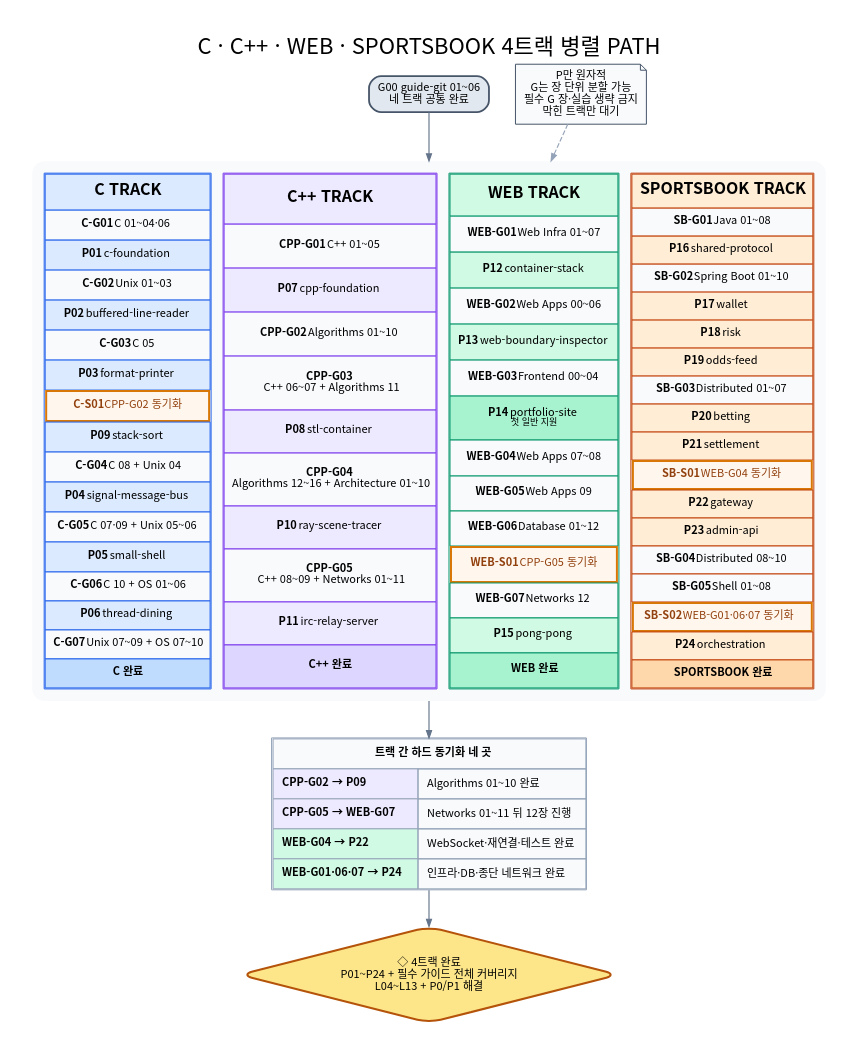
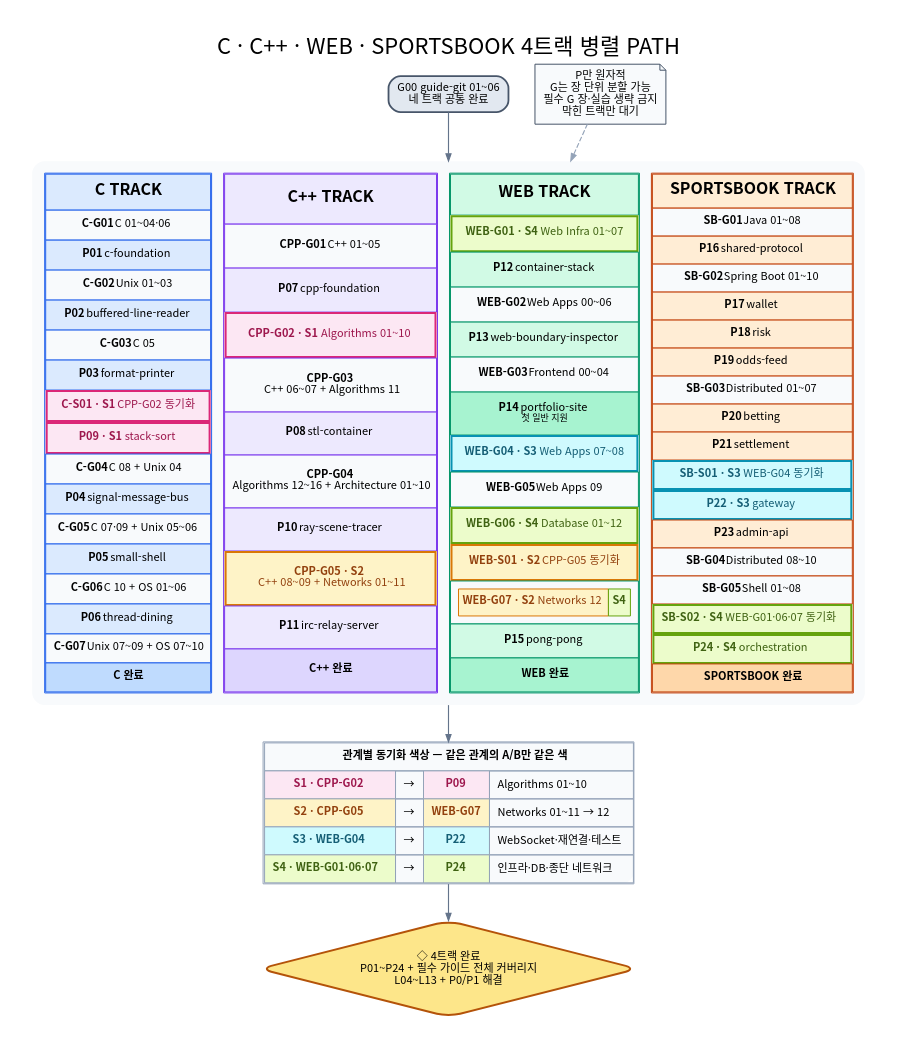
The diagram in assets/path/parallel-path.dot (woopinbell/engineering-path-review), drawn with Graphviz before and after one commit. The commit also changed 14 other files, not shown here.

```diff
--- a/assets/path/parallel-path.dot
+++ b/assets/path/parallel-path.dot
@@ -1,111 +1,111 @@
 digraph ParallelPathOverview {
   graph [rankdir=TB, bgcolor="white", pad="0.35", nodesep="0.36", ranksep="0.52",
     fontname="Noto Sans CJK KR", fontsize=22,
     label="C · C++ · WEB · SPORTSBOOK 4트랙 병렬 PATH", labelloc=t, splines=polyline];
   node [shape=box, style="rounded,filled", fontname="Noto Sans CJK KR", fontsize=11,
     margin="0.14,0.09", color="#64748b", fillcolor="#f8fafc"];
   edge [fontname="Noto Sans CJK KR", fontsize=9, color="#64748b", arrowsize=0.72, penwidth=1.15];
 
   START [label="G00 guide-git 01~06\n네 트랙 공통 완료", fillcolor="#e2e8f0", color="#475569", penwidth=1.8];
 
   TRACKS [shape=plain, label=<
     <TABLE BORDER="0" CELLBORDER="0" CELLSPACING="12" CELLPADDING="0">
       <TR>
         <TD VALIGN="TOP">
           <TABLE BORDER="1" CELLBORDER="1" CELLSPACING="0" CELLPADDING="7" COLOR="#2563eb">
             <TR><TD BGCOLOR="#dbeafe"><FONT POINT-SIZE="16"><B>C TRACK</B></FONT></TD></TR>
             <TR><TD BGCOLOR="#f8fafc"><B>C-G01</B> C 01~04·06</TD></TR>
             <TR><TD BGCOLOR="#dbeafe"><B>P01</B> c-foundation</TD></TR>
             <TR><TD BGCOLOR="#f8fafc"><B>C-G02</B> Unix 01~03</TD></TR>
             <TR><TD BGCOLOR="#dbeafe"><B>P02</B> buffered-line-reader</TD></TR>
             <TR><TD BGCOLOR="#f8fafc"><B>C-G03</B> C 05</TD></TR>
             <TR><TD BGCOLOR="#dbeafe"><B>P03</B> format-printer</TD></TR>
-            <TR><TD BGCOLOR="#fff7ed" BORDER="2" COLOR="#d97706"><FONT COLOR="#92400e"><B>C-S01</B> CPP-G02 동기화</FONT></TD></TR>
-            <TR><TD BGCOLOR="#dbeafe"><B>P09</B> stack-sort</TD></TR>
+            <TR><TD BGCOLOR="#fce7f3" BORDER="2" COLOR="#db2777"><FONT COLOR="#9d174d"><B>C-S01 · S1</B> CPP-G02 동기화</FONT></TD></TR>
+            <TR><TD BGCOLOR="#fce7f3" BORDER="2" COLOR="#db2777"><FONT COLOR="#9d174d"><B>P09 · S1</B> stack-sort</FONT></TD></TR>
             <TR><TD BGCOLOR="#f8fafc"><B>C-G04</B> C 08 + Unix 04</TD></TR>
             <TR><TD BGCOLOR="#dbeafe"><B>P04</B> signal-message-bus</TD></TR>
             <TR><TD BGCOLOR="#f8fafc"><B>C-G05</B> C 07·09 + Unix 05~06</TD></TR>
             <TR><TD BGCOLOR="#dbeafe"><B>P05</B> small-shell</TD></TR>
             <TR><TD BGCOLOR="#f8fafc"><B>C-G06</B> C 10 + OS 01~06</TD></TR>
             <TR><TD BGCOLOR="#dbeafe"><B>P06</B> thread-dining</TD></TR>
             <TR><TD BGCOLOR="#f8fafc"><B>C-G07</B> Unix 07~09 + OS 07~10</TD></TR>
             <TR><TD BGCOLOR="#bfdbfe"><B>C 완료</B></TD></TR>
           </TABLE>
         </TD>
         <TD VALIGN="TOP">
           <TABLE BORDER="1" CELLBORDER="1" CELLSPACING="0" CELLPADDING="7" COLOR="#7c3aed">
             <TR><TD BGCOLOR="#ede9fe"><FONT POINT-SIZE="16"><B>C++ TRACK</B></FONT></TD></TR>
             <TR><TD BGCOLOR="#f8fafc"><B>CPP-G01</B> C++ 01~05</TD></TR>
             <TR><TD BGCOLOR="#ede9fe"><B>P07</B> cpp-foundation</TD></TR>
-            <TR><TD BGCOLOR="#f8fafc"><B>CPP-G02</B> Algorithms 01~10</TD></TR>
+            <TR><TD BGCOLOR="#fce7f3" BORDER="2" COLOR="#db2777"><FONT COLOR="#9d174d"><B>CPP-G02 · S1</B> Algorithms 01~10</FONT></TD></TR>
             <TR><TD BGCOLOR="#f8fafc"><B>CPP-G03</B><BR/>C++ 06~07 + Algorithms 11</TD></TR>
             <TR><TD BGCOLOR="#ede9fe"><B>P08</B> stl-container</TD></TR>
             <TR><TD BGCOLOR="#f8fafc"><B>CPP-G04</B><BR/>Algorithms 12~16 + Architecture 01~10</TD></TR>
             <TR><TD BGCOLOR="#ede9fe"><B>P10</B> ray-scene-tracer</TD></TR>
-            <TR><TD BGCOLOR="#f8fafc"><B>CPP-G05</B><BR/>C++ 08~09 + Networks 01~11</TD></TR>
+            <TR><TD BGCOLOR="#fef3c7" BORDER="2" COLOR="#d97706"><FONT COLOR="#92400e"><B>CPP-G05 · S2</B><BR/>C++ 08~09 + Networks 01~11</FONT></TD></TR>
             <TR><TD BGCOLOR="#ede9fe"><B>P11</B> irc-relay-server</TD></TR>
             <TR><TD BGCOLOR="#ddd6fe"><B>C++ 완료</B></TD></TR>
           </TABLE>
         </TD>
         <TD VALIGN="TOP">
           <TABLE BORDER="1" CELLBORDER="1" CELLSPACING="0" CELLPADDING="7" COLOR="#059669">
             <TR><TD BGCOLOR="#d1fae5"><FONT POINT-SIZE="16"><B>WEB TRACK</B></FONT></TD></TR>
-            <TR><TD BGCOLOR="#f8fafc"><B>WEB-G01</B> Web Infra 01~07</TD></TR>
+            <TR><TD BGCOLOR="#ecfccb" BORDER="2" COLOR="#65a30d"><FONT COLOR="#3f6212"><B>WEB-G01 · S4</B> Web Infra 01~07</FONT></TD></TR>
             <TR><TD BGCOLOR="#d1fae5"><B>P12</B> container-stack</TD></TR>
             <TR><TD BGCOLOR="#f8fafc"><B>WEB-G02</B> Web Apps 00~06</TD></TR>
             <TR><TD BGCOLOR="#d1fae5"><B>P13</B> web-boundary-inspector</TD></TR>
             <TR><TD BGCOLOR="#f8fafc"><B>WEB-G03</B> Frontend 00~04</TD></TR>
             <TR><TD BGCOLOR="#a7f3d0"><B>P14</B> portfolio-site<BR/><FONT POINT-SIZE="9">첫 일반 지원</FONT></TD></TR>
-            <TR><TD BGCOLOR="#f8fafc"><B>WEB-G04</B> Web Apps 07~08</TD></TR>
+            <TR><TD BGCOLOR="#cffafe" BORDER="2" COLOR="#0891b2"><FONT COLOR="#155e75"><B>WEB-G04 · S3</B> Web Apps 07~08</FONT></TD></TR>
             <TR><TD BGCOLOR="#f8fafc"><B>WEB-G05</B> Web Apps 09</TD></TR>
-            <TR><TD BGCOLOR="#f8fafc"><B>WEB-G06</B> Database 01~12</TD></TR>
-            <TR><TD BGCOLOR="#fff7ed" BORDER="2" COLOR="#d97706"><FONT COLOR="#92400e"><B>WEB-S01</B> CPP-G05 동기화</FONT></TD></TR>
-            <TR><TD BGCOLOR="#f8fafc"><B>WEB-G07</B> Networks 12</TD></TR>
+            <TR><TD BGCOLOR="#ecfccb" BORDER="2" COLOR="#65a30d"><FONT COLOR="#3f6212"><B>WEB-G06 · S4</B> Database 01~12</FONT></TD></TR>
+            <TR><TD BGCOLOR="#fef3c7" BORDER="2" COLOR="#d97706"><FONT COLOR="#92400e"><B>WEB-S01 · S2</B> CPP-G05 동기화</FONT></TD></TR>
+            <TR><TD><TABLE BORDER="0" CELLBORDER="1" CELLSPACING="0" CELLPADDING="3"><TR><TD BGCOLOR="#fef3c7" COLOR="#d97706"><FONT COLOR="#92400e"><B>WEB-G07 · S2</B> Networks 12</FONT></TD><TD BGCOLOR="#ecfccb" COLOR="#65a30d"><FONT COLOR="#3f6212"><B>S4</B></FONT></TD></TR></TABLE></TD></TR>
             <TR><TD BGCOLOR="#d1fae5"><B>P15</B> pong-pong</TD></TR>
             <TR><TD BGCOLOR="#a7f3d0"><B>WEB 완료</B></TD></TR>
           </TABLE>
         </TD>
         <TD VALIGN="TOP">
           <TABLE BORDER="1" CELLBORDER="1" CELLSPACING="0" CELLPADDING="7" COLOR="#c2410c">
             <TR><TD BGCOLOR="#ffedd5"><FONT POINT-SIZE="16"><B>SPORTSBOOK TRACK</B></FONT></TD></TR>
             <TR><TD BGCOLOR="#f8fafc"><B>SB-G01</B> Java 01~08</TD></TR>
             <TR><TD BGCOLOR="#ffedd5"><B>P16</B> shared-protocol</TD></TR>
             <TR><TD BGCOLOR="#f8fafc"><B>SB-G02</B> Spring Boot 01~10</TD></TR>
             <TR><TD BGCOLOR="#ffedd5"><B>P17</B> wallet</TD></TR>
             <TR><TD BGCOLOR="#ffedd5"><B>P18</B> risk</TD></TR>
             <TR><TD BGCOLOR="#ffedd5"><B>P19</B> odds-feed</TD></TR>
             <TR><TD BGCOLOR="#f8fafc"><B>SB-G03</B> Distributed 01~07</TD></TR>
             <TR><TD BGCOLOR="#ffedd5"><B>P20</B> betting</TD></TR>
             <TR><TD BGCOLOR="#ffedd5"><B>P21</B> settlement</TD></TR>
-            <TR><TD BGCOLOR="#fff7ed" BORDER="2" COLOR="#d97706"><FONT COLOR="#92400e"><B>SB-S01</B> WEB-G04 동기화</FONT></TD></TR>
-            <TR><TD BGCOLOR="#ffedd5"><B>P22</B> gateway</TD></TR>
+            <TR><TD BGCOLOR="#cffafe" BORDER="2" COLOR="#0891b2"><FONT COLOR="#155e75"><B>SB-S01 · S3</B> WEB-G04 동기화</FONT></TD></TR>
+            <TR><TD BGCOLOR="#cffafe" BORDER="2" COLOR="#0891b2"><FONT COLOR="#155e75"><B>P22 · S3</B> gateway</FONT></TD></TR>
             <TR><TD BGCOLOR="#ffedd5"><B>P23</B> admin-api</TD></TR>
             <TR><TD BGCOLOR="#f8fafc"><B>SB-G04</B> Distributed 08~10</TD></TR>
             <TR><TD BGCOLOR="#f8fafc"><B>SB-G05</B> Shell 01~08</TD></TR>
-            <TR><TD BGCOLOR="#fff7ed" BORDER="2" COLOR="#d97706"><FONT COLOR="#92400e"><B>SB-S02</B> WEB-G01·06·07 동기화</FONT></TD></TR>
-            <TR><TD BGCOLOR="#ffedd5"><B>P24</B> orchestration</TD></TR>
+            <TR><TD BGCOLOR="#ecfccb" BORDER="2" COLOR="#65a30d"><FONT COLOR="#3f6212"><B>SB-S02 · S4</B> WEB-G01·06·07 동기화</FONT></TD></TR>
+            <TR><TD BGCOLOR="#ecfccb" BORDER="2" COLOR="#65a30d"><FONT COLOR="#3f6212"><B>P24 · S4</B> orchestration</FONT></TD></TR>
             <TR><TD BGCOLOR="#fed7aa"><B>SPORTSBOOK 완료</B></TD></TR>
           </TABLE>
         </TD>
       </TR>
     </TABLE>
   >];
 
   SYNC [shape=plain, label=<
-    <TABLE BORDER="1" CELLBORDER="1" CELLSPACING="0" CELLPADDING="8" COLOR="#94a3b8">
-      <TR><TD BGCOLOR="#f8fafc" COLSPAN="2"><B>트랙 간 하드 동기화 네 곳</B></TD></TR>
-      <TR><TD ALIGN="LEFT" BGCOLOR="#ede9fe"><B>CPP-G02 → P09</B></TD><TD ALIGN="LEFT">Algorithms 01~10 완료</TD></TR>
-      <TR><TD ALIGN="LEFT" BGCOLOR="#ede9fe"><B>CPP-G05 → WEB-G07</B></TD><TD ALIGN="LEFT">Networks 01~11 뒤 12장 진행</TD></TR>
-      <TR><TD ALIGN="LEFT" BGCOLOR="#d1fae5"><B>WEB-G04 → P22</B></TD><TD ALIGN="LEFT">WebSocket·재연결·테스트 완료</TD></TR>
-      <TR><TD ALIGN="LEFT" BGCOLOR="#d1fae5"><B>WEB-G01·06·07 → P24</B></TD><TD ALIGN="LEFT">인프라·DB·종단 네트워크 완료</TD></TR>
+    <TABLE BORDER="1" CELLBORDER="1" CELLSPACING="0" CELLPADDING="7" COLOR="#94a3b8">
+      <TR><TD BGCOLOR="#f8fafc" COLSPAN="4"><B>관계별 동기화 색상 — 같은 관계의 A/B만 같은 색</B></TD></TR>
+      <TR><TD BGCOLOR="#fce7f3"><FONT COLOR="#9d174d"><B>S1 · CPP-G02</B></FONT></TD><TD>→</TD><TD BGCOLOR="#fce7f3"><FONT COLOR="#9d174d"><B>P09</B></FONT></TD><TD ALIGN="LEFT">Algorithms 01~10</TD></TR>
+      <TR><TD BGCOLOR="#fef3c7"><FONT COLOR="#92400e"><B>S2 · CPP-G05</B></FONT></TD><TD>→</TD><TD BGCOLOR="#fef3c7"><FONT COLOR="#92400e"><B>WEB-G07</B></FONT></TD><TD ALIGN="LEFT">Networks 01~11 → 12</TD></TR>
+      <TR><TD BGCOLOR="#cffafe"><FONT COLOR="#155e75"><B>S3 · WEB-G04</B></FONT></TD><TD>→</TD><TD BGCOLOR="#cffafe"><FONT COLOR="#155e75"><B>P22</B></FONT></TD><TD ALIGN="LEFT">WebSocket·재연결·테스트</TD></TR>
+      <TR><TD BGCOLOR="#ecfccb"><FONT COLOR="#3f6212"><B>S4 · WEB-G01·06·07</B></FONT></TD><TD>→</TD><TD BGCOLOR="#ecfccb"><FONT COLOR="#3f6212"><B>P24</B></FONT></TD><TD ALIGN="LEFT">인프라·DB·종단 네트워크</TD></TR>
     </TABLE>
   >];
 
   RULE [shape=note, label="P만 원자적\nG는 장 단위 분할 가능\n필수 G 장·실습 생략 금지\n막힌 트랙만 대기", fillcolor="#f8fafc", color="#475569"];
 
   COMPLETE [label="◇ 4트랙 완료\nP01~P24 + 필수 가이드 전체 커버리지\nL04~L13 + P0/P1 해결", shape=diamond,
     fillcolor="#fde68a", color="#b45309", penwidth=2];
 
   START -> TRACKS -> SYNC -> COMPLETE;
   RULE -> TRACKS [style=dashed, color="#94a3b8", constraint=false];
 }
```
